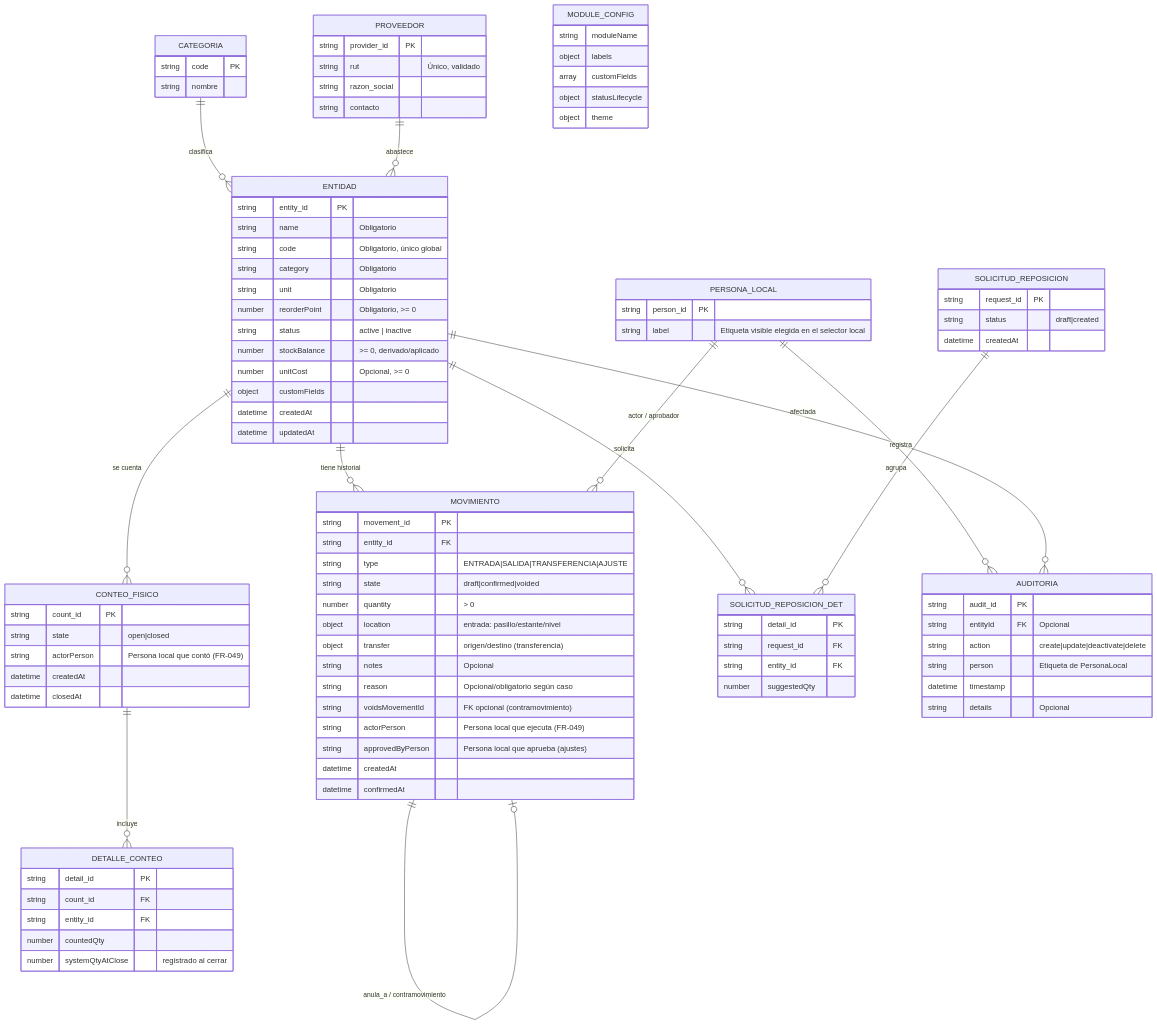
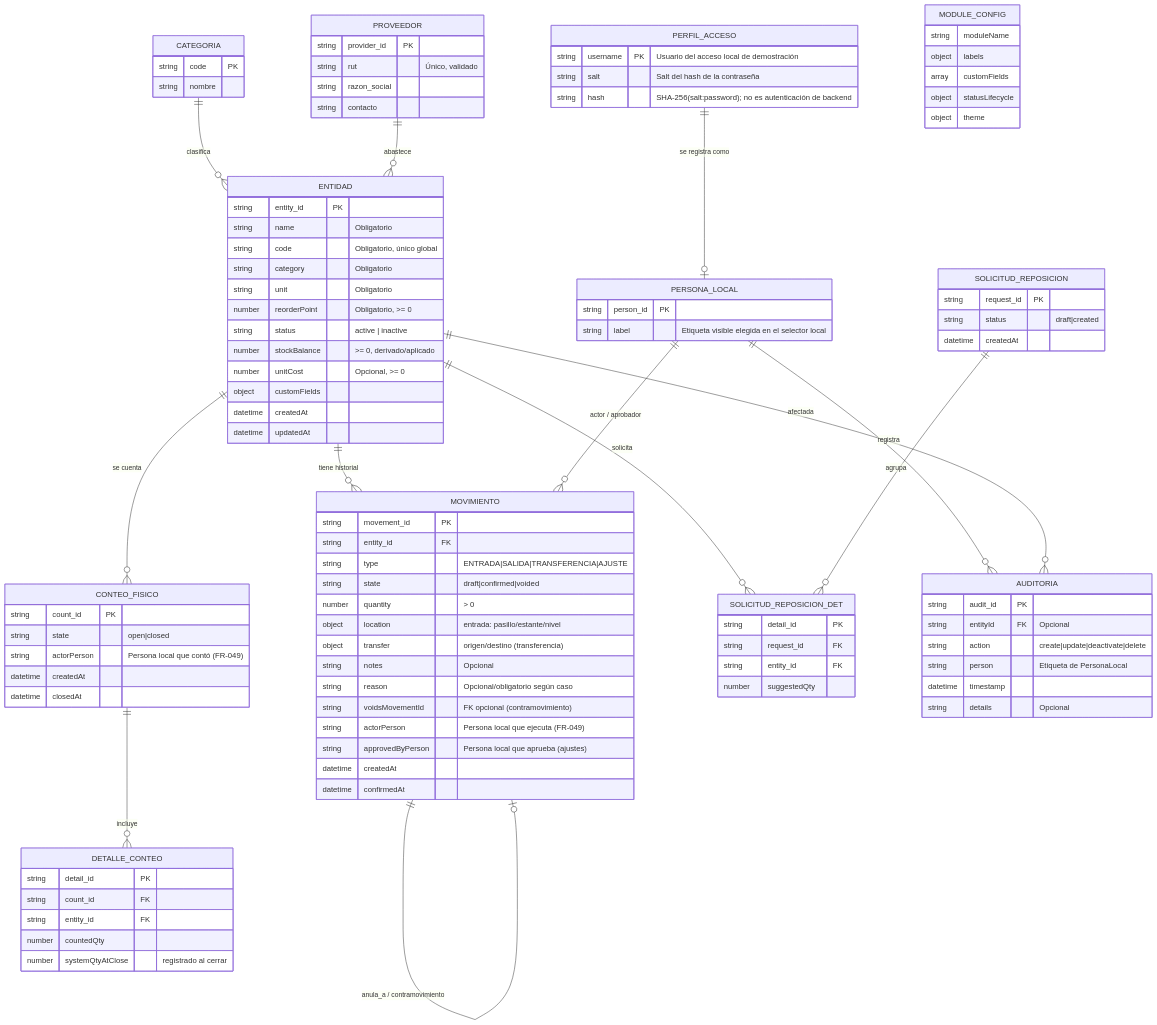
Before and after one commit to MDS-BI/Grupo-03: the diagram in specs/001-erp-base-module/data-model.md, drawn with Mermaid. The commit also changed other lines of this file and 21 other files, not shown here.

```diff
--- a/specs/001-erp-base-module/data-model.md
+++ b/specs/001-erp-base-module/data-model.md
@@ -16,6 +16,7 @@
     ENTIDAD ||--o{ SOLICITUD_REPOSICION_DET : "solicita"
     SOLICITUD_REPOSICION ||--o{ SOLICITUD_REPOSICION_DET : "agrupa"
     MOVIMIENTO ||--o| MOVIMIENTO : "anula_a / contramovimiento"
+    PERFIL_ACCESO ||--o| PERSONA_LOCAL : "se registra como"
     PERSONA_LOCAL ||--o{ MOVIMIENTO : "actor / aprobador"
     PERSONA_LOCAL ||--o{ AUDITORIA : "registra"
     ENTIDAD ||--o{ AUDITORIA : "afectada"
@@ -69,6 +70,12 @@
         string label "Etiqueta visible elegida en el selector local"
     }
 
+    PERFIL_ACCESO {
+        string username PK "Usuario del acceso local de demostración"
+        string salt "Salt del hash de la contraseña"
+        string hash "SHA-256(salt:password); no es autenticación de backend"
+    }
+
     AUDITORIA {
         string audit_id PK
         string entityId FK "Opcional"
```
